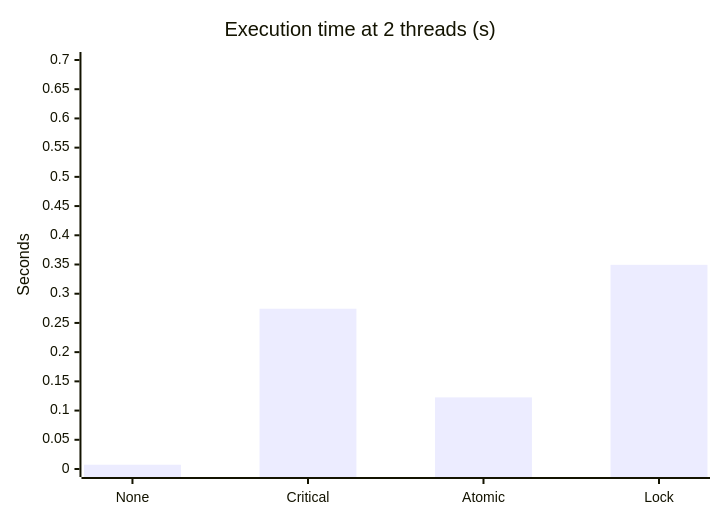
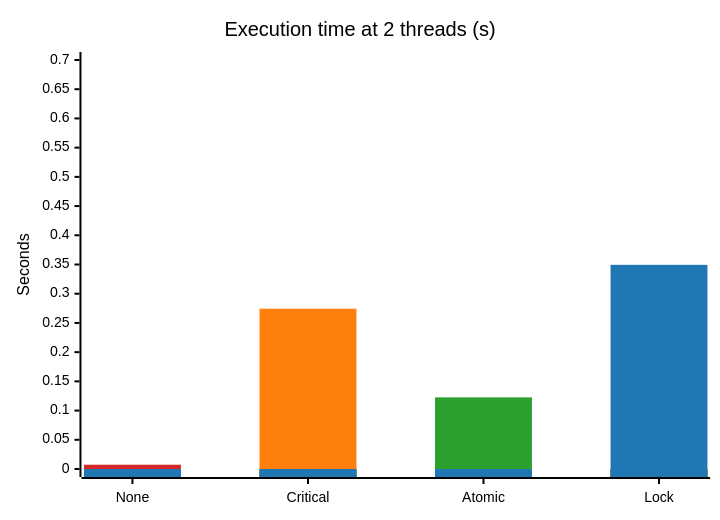
The second of 5 diagrams in README.md (chaitanya-m5/parallel-sync-mechanisms), drawn with Mermaid before and after one commit. The commit also changed other lines of this file, not shown here.

````diff
--- a/README.md
+++ b/README.md
@@ -188,7 +192,11 @@
 ```mermaid
+%%{init: {"theme":"base","themeVariables":{"xyChart":{"backgroundColor":"#ffffff","titleColor":"#000000","xAxisLabelColor":"#000000","xAxisTitleColor":"#000000","xAxisTickColor":"#000000","xAxisLineColor":"#000000","yAxisLabelColor":"#000000","yAxisTitleColor":"#000000","yAxisTickColor":"#000000","yAxisLineColor":"#000000","plotColorPalette":"#d62728, #ff7f0e, #2ca02c, #1f77b4"}}}}%%
 xychart-beta
     title "Execution time at 2 threads (s)"
     x-axis [None, Critical, Atomic, Lock]
     y-axis "Seconds" 0 --> 0.7
-    bar [0.0073, 0.2743, 0.1226, 0.3494]
+    bar [0.0073, 0, 0, 0]
+    bar [0, 0.2743, 0, 0]
+    bar [0, 0, 0.1226, 0]
+    bar [0, 0, 0, 0.3494]
 ```
````
